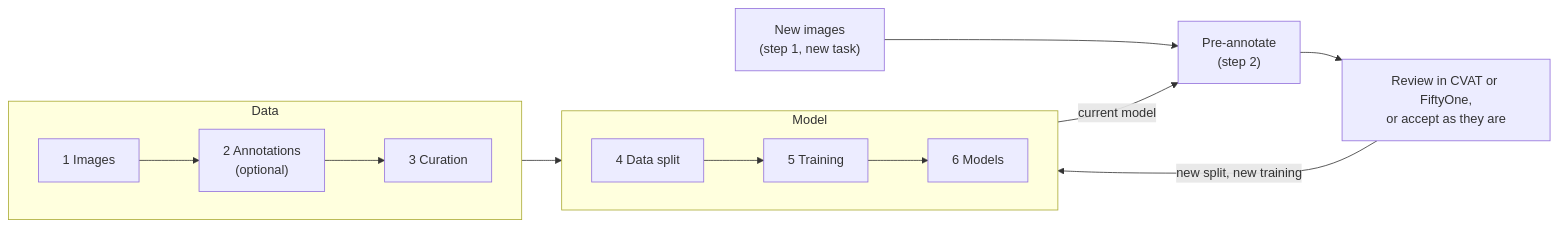
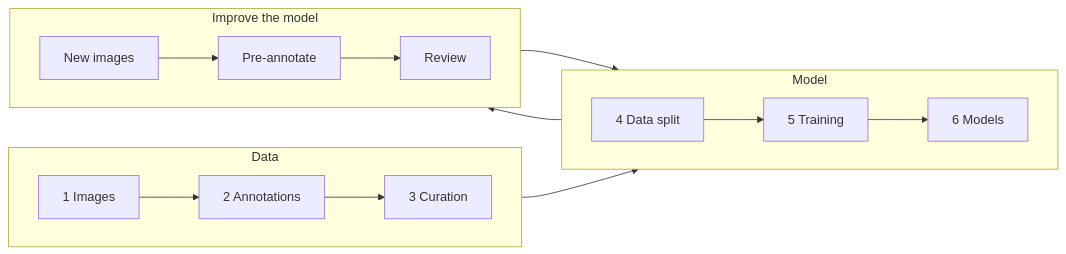
The diagram in README.md (karemdm/activelabel), drawn with Mermaid before and after one commit. The commit also changed other lines of this file and 3 other files, not shown here.

Commit message:
docs: redraw the diagrams with short labels and simple layouts so nothing overlaps (#220)

````diff
--- a/README.md
+++ b/README.md
@@ -11,16 +11,18 @@
 ```mermaid
 flowchart LR
-  subgraph Data
+  subgraph G1["Data"]
     direction LR
-    A["1 Images"] --> B["2 Annotations<br/>(optional)"] --> C["3 Curation"]
+    A["1 Images"] --> B["2 Annotations"] --> C["3 Curation"]
   end
-  subgraph Model
+  subgraph G2["Model"]
     direction LR
     D["4 Data split"] --> E["5 Training"] --> F["6 Models"]
   end
+  subgraph G3["Improve the model"]
+    direction LR
+    N["New images"] --> P["Pre-annotate"] --> R["Review"]
+  end
   C --> D
-  F -- "current model" --> P["Pre-annotate<br/>(step 2)"]
-  N["New images<br/>(step 1, new task)"] --> P
-  P --> R["Review in CVAT or FiftyOne,<br/>or accept as they are"]
-  R -- "new split, new training" --> D
+  F --> P
+  R --> D
 ```
````
